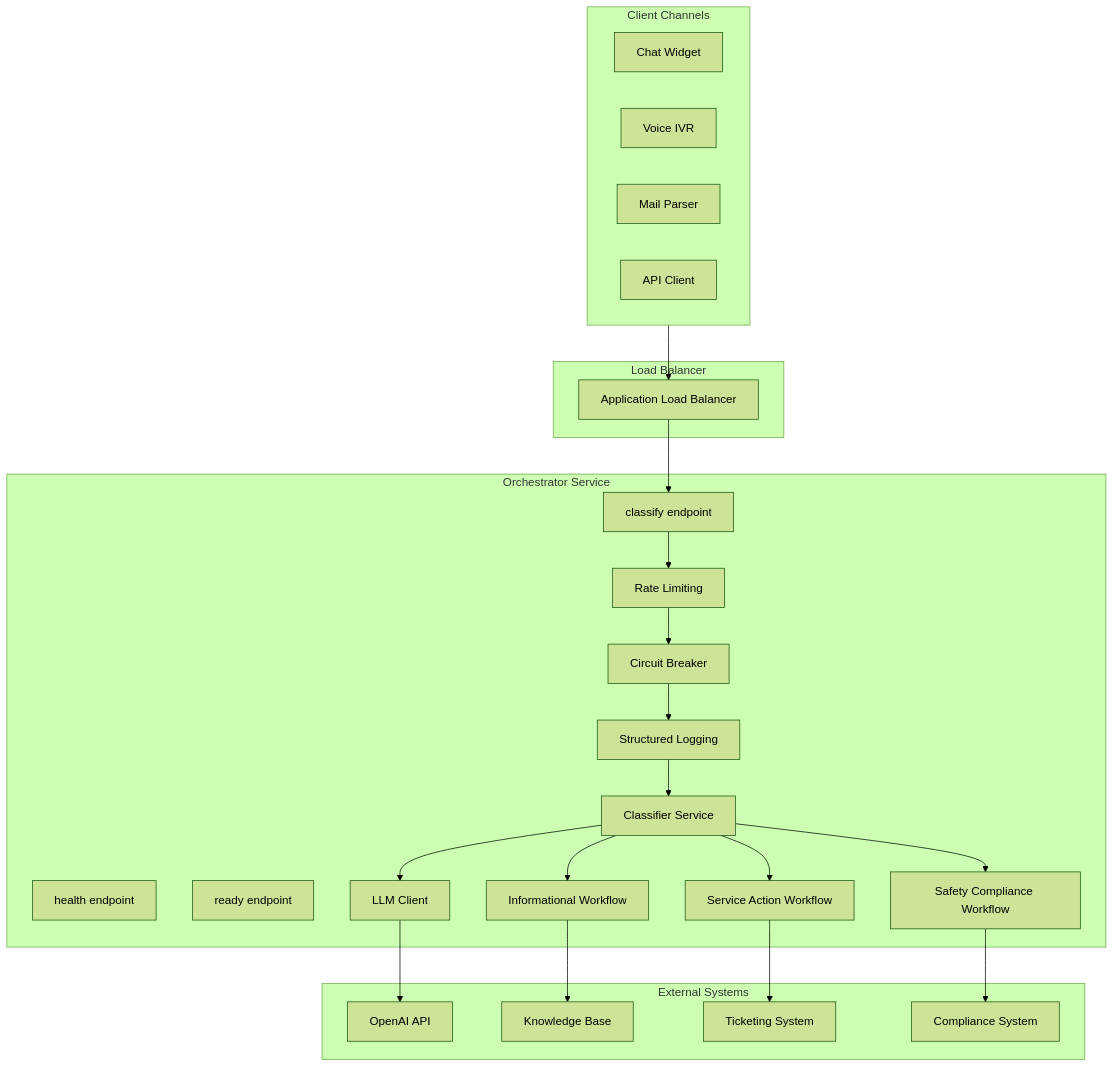
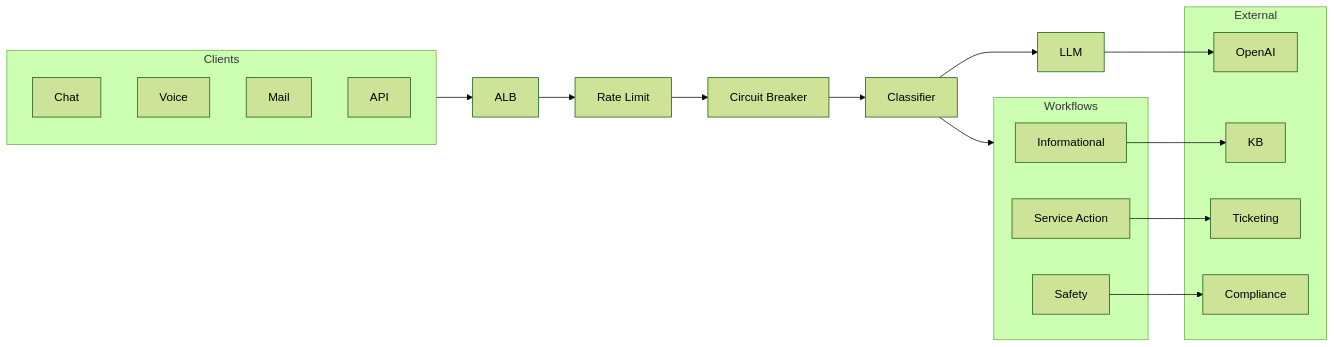
The first of 3 diagrams in docs/architecture.md (kvasilopoulos/contact-center), drawn with Mermaid (forest theme) before and after one commit. The commit also changed other lines of this file and 13 other files, not shown here.

````diff
--- a/docs/architecture.md
+++ b/docs/architecture.md
@@ -12,49 +11,39 @@
 ```mermaid
-graph TB
-    subgraph Clients["Client Channels"]
-        Chat[Chat Widget]
-        Voice[Voice IVR]
-        Mail[Mail Parser]
-        API[API Client]
+graph LR
+    subgraph Clients["Clients"]
+        C1[Chat]
+        C2[Voice]
+        C3[Mail]
+        C4[API]
     end
-    
-    subgraph LB["Load Balancer"]
-        ALB[Application Load Balancer]
+
+    ALB[ALB]
+    RL[Rate Limit]
+    CB[Circuit Breaker]
+    Classifier[Classifier]
+    LLM[LLM]
+
+    subgraph Workflows["Workflows"]
+        Info[Informational]
+        Svc[Service Action]
+        Safety[Safety]
     end
-    
-    subgraph Service["Orchestrator Service"]
-        RateLimit[Rate Limiting]
-        CircuitBreaker[Circuit Breaker]
-        Logger[Structured Logging]
-        Health[health endpoint]
-        Ready[ready endpoint]
-        Classify[classify endpoint]
-        Classifier[Classifier Service]
-        LLMClient[LLM Client]
-        Info[Informational Workflow]
-        ServiceAction[Service Action Workflow]
-        Safety[Safety Compliance Workflow]
+
+    subgraph External["External"]
+        OpenAI[OpenAI]
+        KB[KB]
+        Ticketing[Ticketing]
+        Compliance[Compliance]
     end
-    
-    subgraph External["External Systems"]
-        OpenAI[OpenAI API]
-        KB[Knowledge Base]
-        Ticketing[Ticketing System]
-        Compliance[Compliance System]
-    end
-    
+
     Clients --> ALB
-    ALB --> Classify
-    Classify --> RateLimit
-    RateLimit --> CircuitBreaker
-    CircuitBreaker --> Logger
-    Logger --> Classifier
-    Classifier --> LLMClient
-    LLMClient --> OpenAI
-    Classifier --> Info
-    Classifier --> ServiceAction
-    Classifier --> Safety
+    ALB --> RL
+    RL --> CB
+    CB --> Classifier
+    Classifier --> LLM
+    LLM --> OpenAI
+    Classifier --> Workflows
     Info --> KB
-    ServiceAction --> Ticketing
+    Svc --> Ticketing
     Safety --> Compliance
 ```
````
